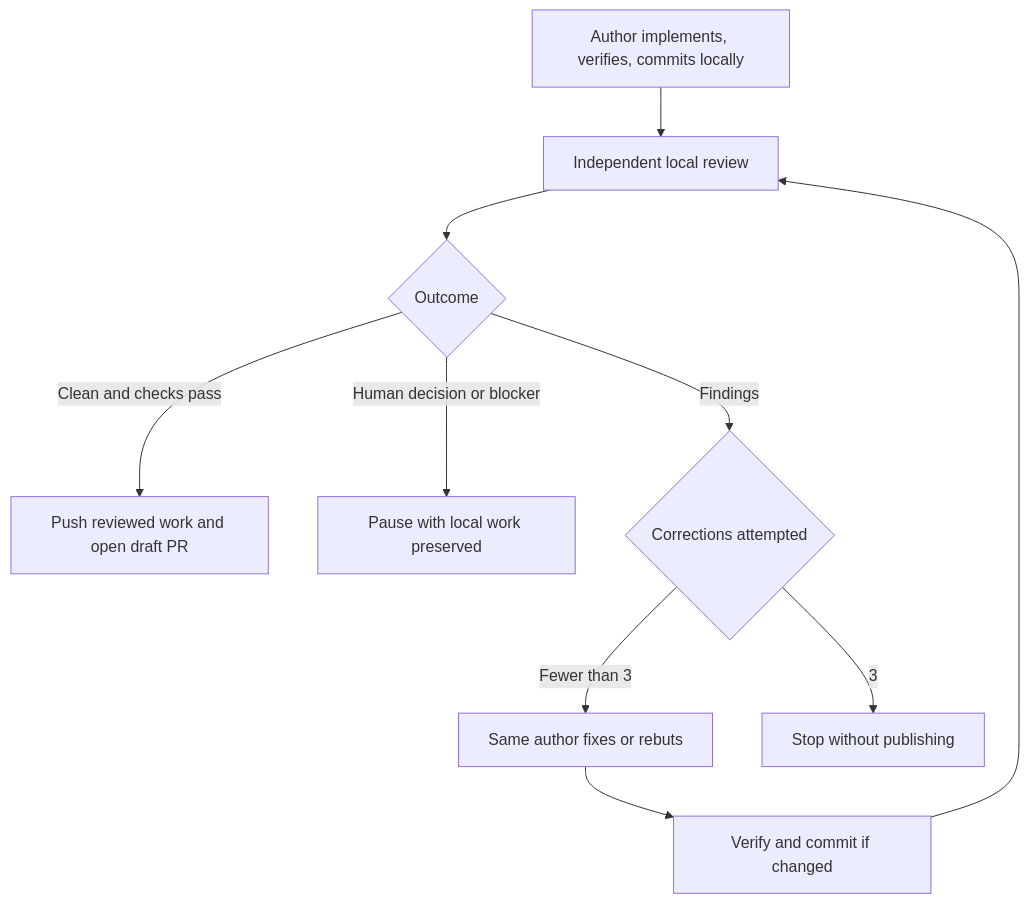
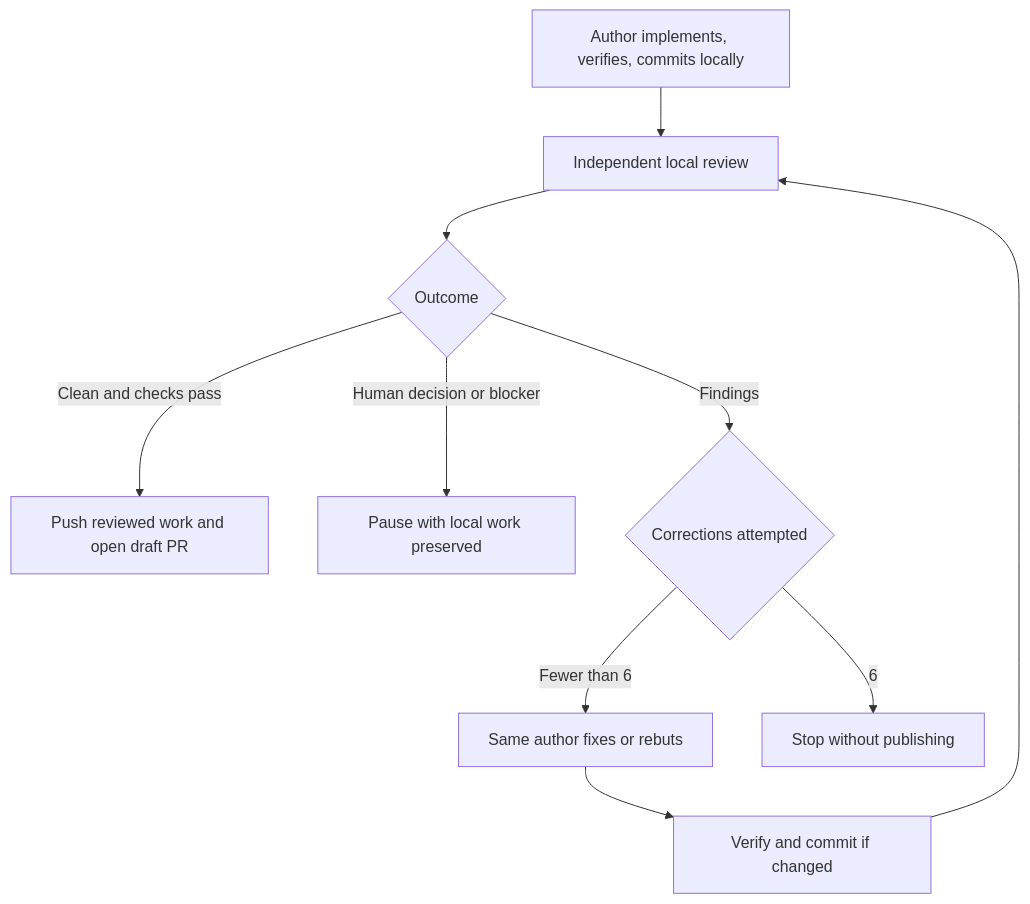
One commit to tuscland/eng-workflows changed the diagram in WORKFLOW.md. Above: the diagram before and after it, drawn with Mermaid. The commit also changed other lines of this file and 5 other files, not shown here.

````diff
--- a/WORKFLOW.md
+++ b/WORKFLOW.md
@@ -40,12 +40,12 @@
 ```mermaid
 flowchart TD
     A[Author implements, verifies, commits locally] --> R[Independent local review]
     R --> D{Outcome}
     D -->|Clean and checks pass| P[Push reviewed work and open draft PR]
     D -->|Human decision or blocker| H[Pause with local work preserved]
     D -->|Findings| C{Corrections attempted}
-    C -->|Fewer than 3| F[Same author fixes or rebuts]
+    C -->|Fewer than 6| F[Same author fixes or rebuts]
     F --> V[Verify and commit if changed]
     V --> R
-    C -->|3| L[Stop without publishing]
+    C -->|6| L[Stop without publishing]
 ```
````
